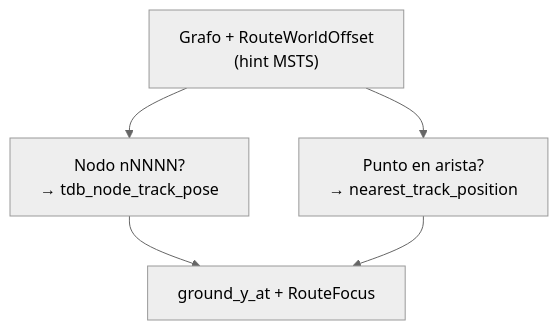
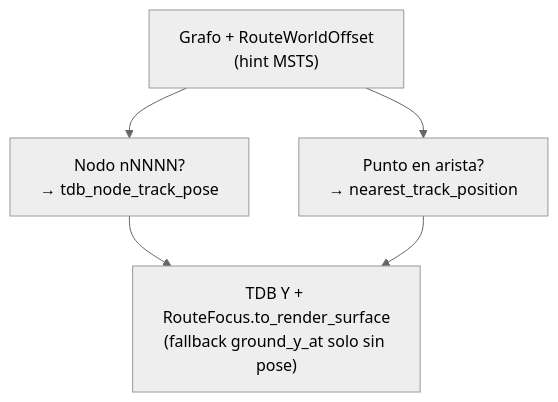
Before and after one commit to cavazquez/openrailsrs: the second of 2 diagrams in docs/MSTS_COORDINATES.md, drawn with Mermaid (neutral theme). The commit also changed other lines of this file and 8 other files, not shown here.

````diff
--- a/docs/MSTS_COORDINATES.md
+++ b/docs/MSTS_COORDINATES.md
@@ -92,11 +92,11 @@
 ```mermaid
 flowchart TD
   G["Grafo + RouteWorldOffset\n(hint MSTS)"]
   N["Nodo nNNNN?\n→ tdb_node_track_pose"]
   S["Punto en arista?\n→ nearest_track_position"]
-  R["ground_y_at + RouteFocus"]
+  R["TDB Y + RouteFocus.to_render_surface\n(fallback ground_y_at solo sin pose)"]
   G --> N
   G --> S
   N --> R
   S --> R
 ```
````
